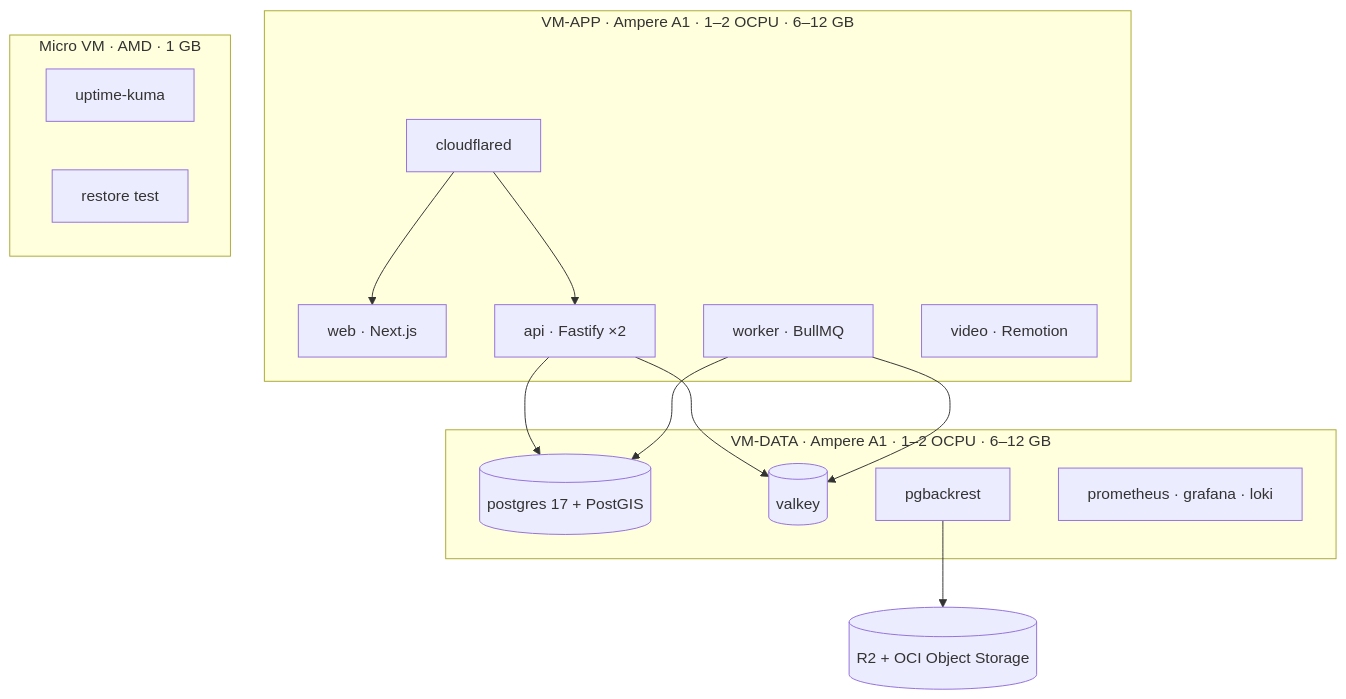
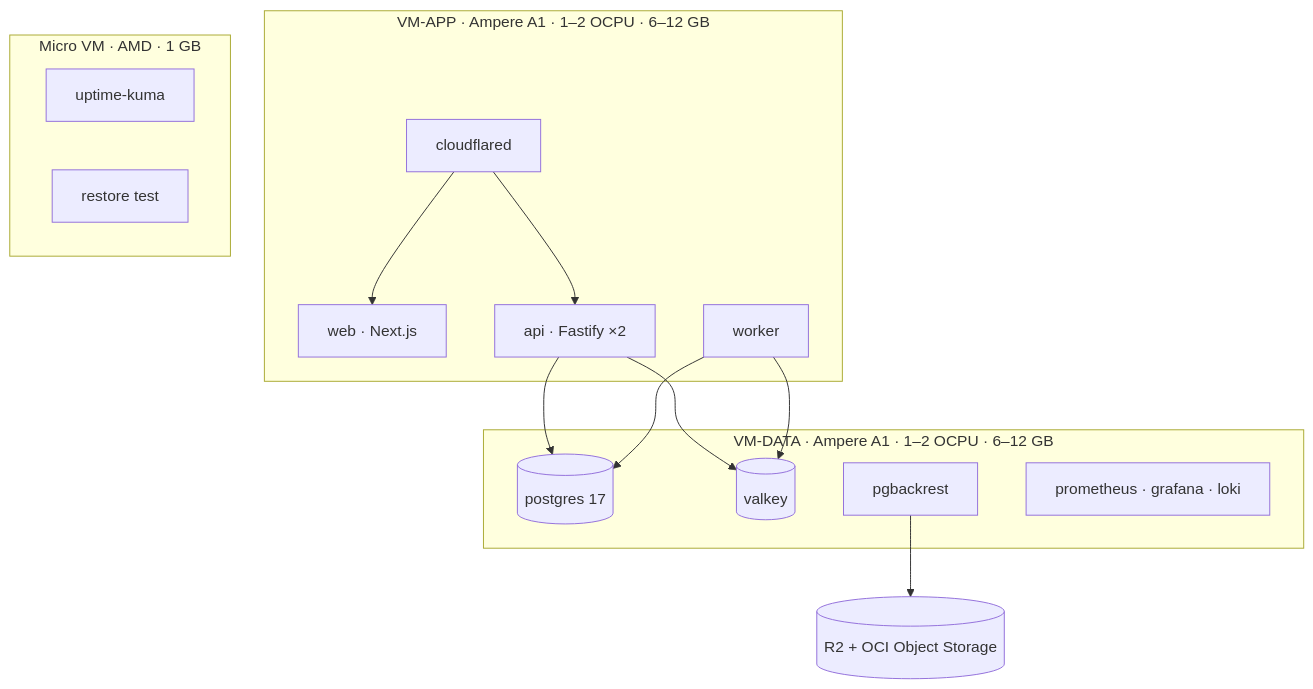
The first of 2 diagrams in docs/03-infrastructure.md (nishant2024-app/ecom), drawn with Mermaid before and after one commit. The commit also changed other lines of this file and 52 other files, not shown here.

````diff
--- a/docs/03-infrastructure.md
+++ b/docs/03-infrastructure.md
@@ -45,23 +44,22 @@
 ```mermaid
 flowchart TB
   subgraph APP["VM-APP · Ampere A1 · 1–2 OCPU · 6–12 GB"]
     cfd[cloudflared]
     web[web · Next.js]
     api1[api · Fastify ×2]
-    wrk[worker · BullMQ]
-    vid[video · Remotion]
+    wrk[worker]
   end
   subgraph DATA["VM-DATA · Ampere A1 · 1–2 OCPU · 6–12 GB"]
-    pg[(postgres 17 + PostGIS)]
+    pg[(postgres 17)]
     vk[(valkey)]
     bk[pgbackrest]
     mon[prometheus · grafana · loki]
   end
   subgraph MICRO["Micro VM · AMD · 1 GB"]
     kuma[uptime-kuma]
     rt[restore test]
   end
   cfd --> web & api1
   api1 & wrk --> pg & vk
   bk --> R2[(R2 + OCI Object Storage)]
 ```
````
